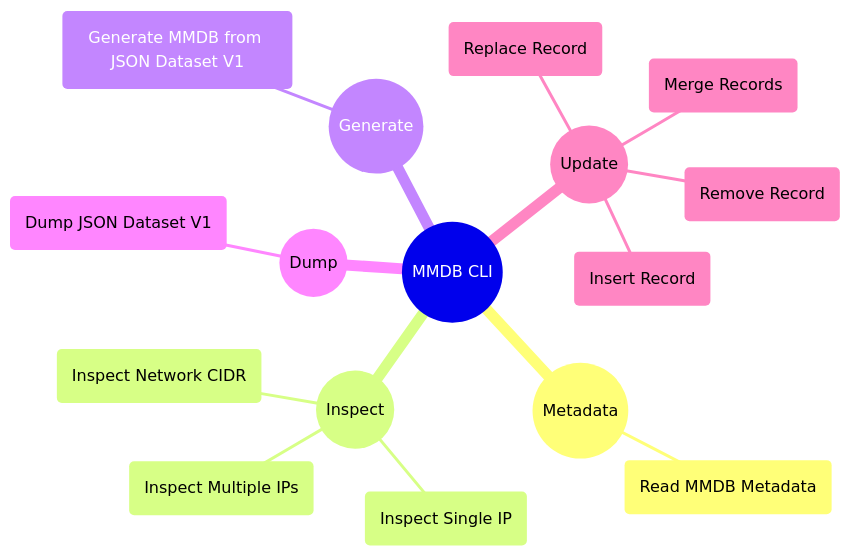
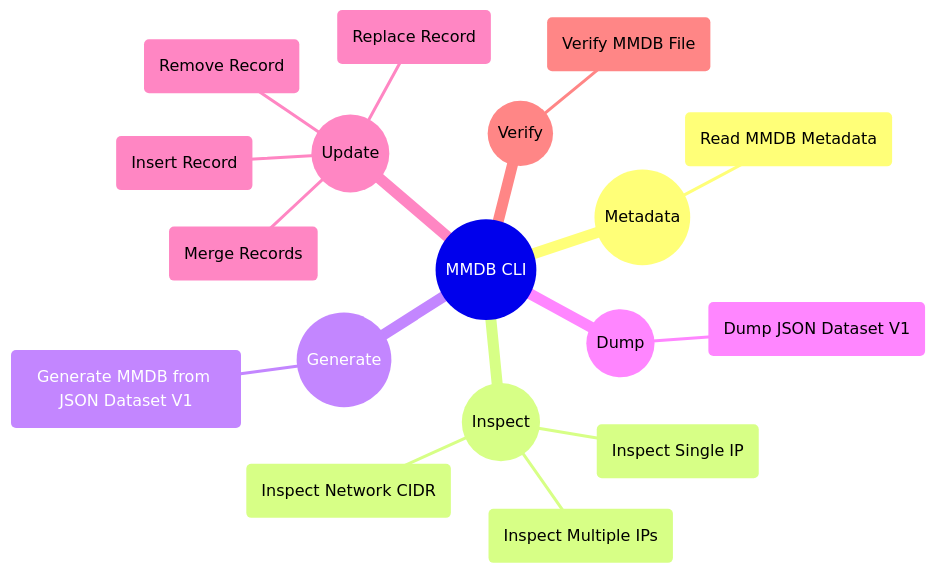
The diagram in docs/mmdb-cli/capabilities.md (InfraZ/docs), drawn with Mermaid before and after one commit. The commit also changed other lines of this file and 2 other files, not shown here.

Commit message:
feat(verify): add verify command to check mmdb files

````diff
--- a/docs/mmdb-cli/capabilities.md
+++ b/docs/mmdb-cli/capabilities.md
@@ -34,19 +34,21 @@
 ```mermaid
 mindmap
     root((MMDB CLI))
         metadata((Metadata))
             readMMDBMetadata(Read MMDB Metadata)
         inspect((Inspect))
             inspectIP(Inspect Single IP)
             inspectMultipleIPs(Inspect Multiple IPs)
             inspectNetworkCIDR(Inspect Network CIDR)
         generate((Generate))
             generateMMDB(Generate MMDB from JSON Dataset V1)
         dump((Dump))
             dumpDatasetV1(Dump JSON Dataset V1)
         update((Update))
             updateMMDBRemove(Remove Record)
             updateMMDBInsert(Insert Record)
             updateMMDBReplace(Replace Record)
             updateMMDBMerge(Merge Records)
+        verify((Verify))
+            verifyMMDB(Verify MMDB File)
 ```
````
